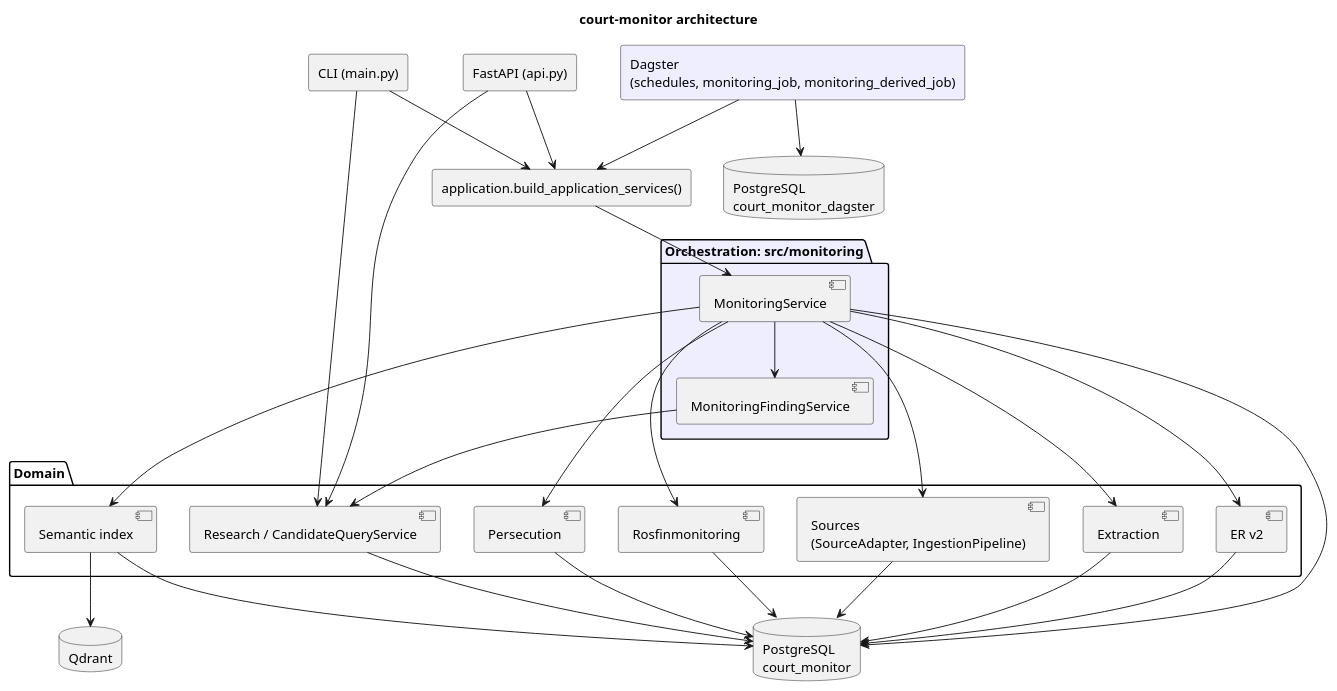
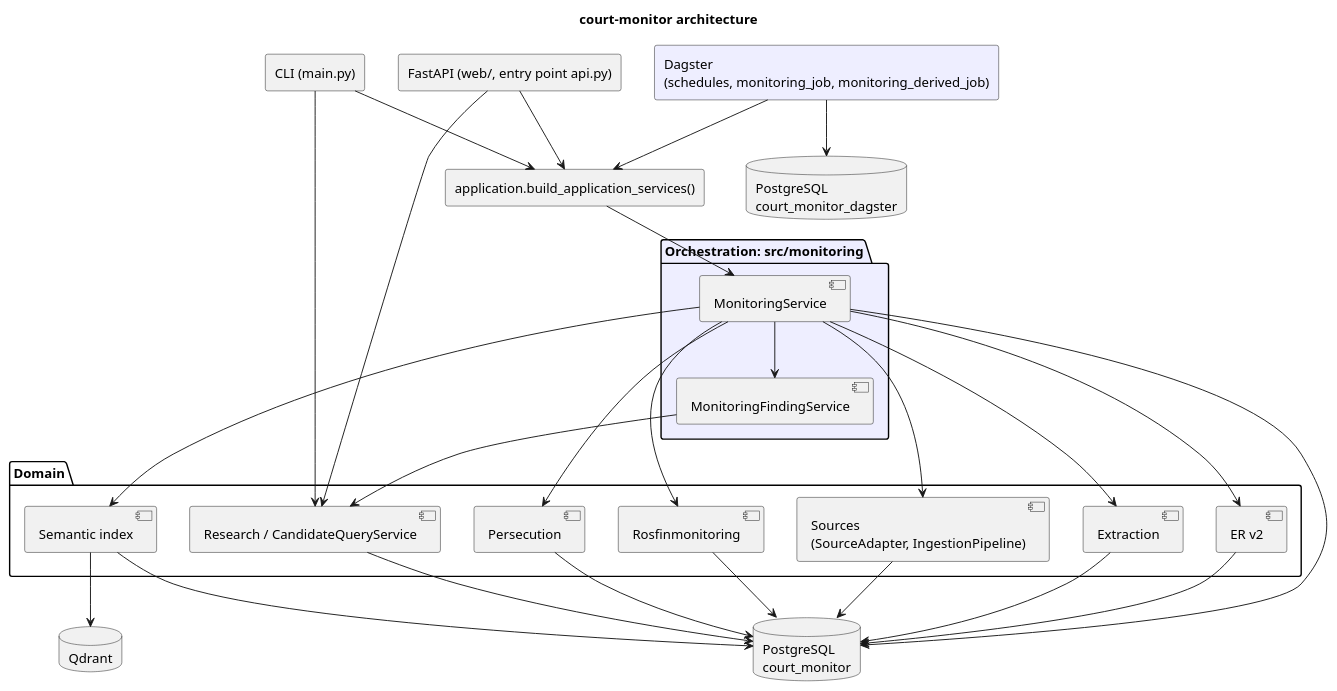
The diagram in docs/wiki/Architecture.md (megannnn98/court-monitor), drawn with PlantUML before and after one commit. The commit also changed 38 other files, not shown here.

````diff
--- a/docs/wiki/Architecture.md
+++ b/docs/wiki/Architecture.md
@@ -11,56 +11,56 @@
 ```plantuml
 @startuml
 title court-monitor architecture
 
 rectangle "Dagster\n(schedules, monitoring_job, monitoring_derived_job)" as Dagster #EEF
 rectangle "CLI (main.py)" as CLI
-rectangle "FastAPI (api.py)" as API
+rectangle "FastAPI (web/, entry point api.py)" as API
 
 rectangle "application.build_application_services()" as Root
 
 package "Orchestration: src/monitoring" #EEF {
   component "MonitoringService" as Monitoring
   component "MonitoringFindingService" as Findings
 }
 
 package "Domain" {
   component "Sources\n(SourceAdapter, IngestionPipeline)" as Sources
   component "Extraction" as Extraction
   component "ER v2" as ER
   component "Persecution" as Persecution
   component "Rosfinmonitoring" as Rosfin
   component "Semantic index" as Semantic
   component "Research / CandidateQueryService" as Research
 }
 
 database "PostgreSQL\ncourt_monitor" as PG
 database "Qdrant" as Qdrant
 database "PostgreSQL\ncourt_monitor_dagster" as DagsterDB
 
 Dagster --> Root
 CLI --> Root
 API --> Root
 CLI --> Research
 API --> Research
 Root --> Monitoring
 Monitoring --> Sources
 Monitoring --> Extraction
 Monitoring --> ER
 Monitoring --> Persecution
 Monitoring --> Rosfin
 Monitoring --> Semantic
 Monitoring --> Findings
 Findings --> Research
 
 Sources --> PG
 Extraction --> PG
 ER --> PG
 Persecution --> PG
 Rosfin --> PG
 Research --> PG
 Semantic --> PG
 Semantic --> Qdrant
 Monitoring --> PG
 Dagster --> DagsterDB
 @enduml
 ```
````
